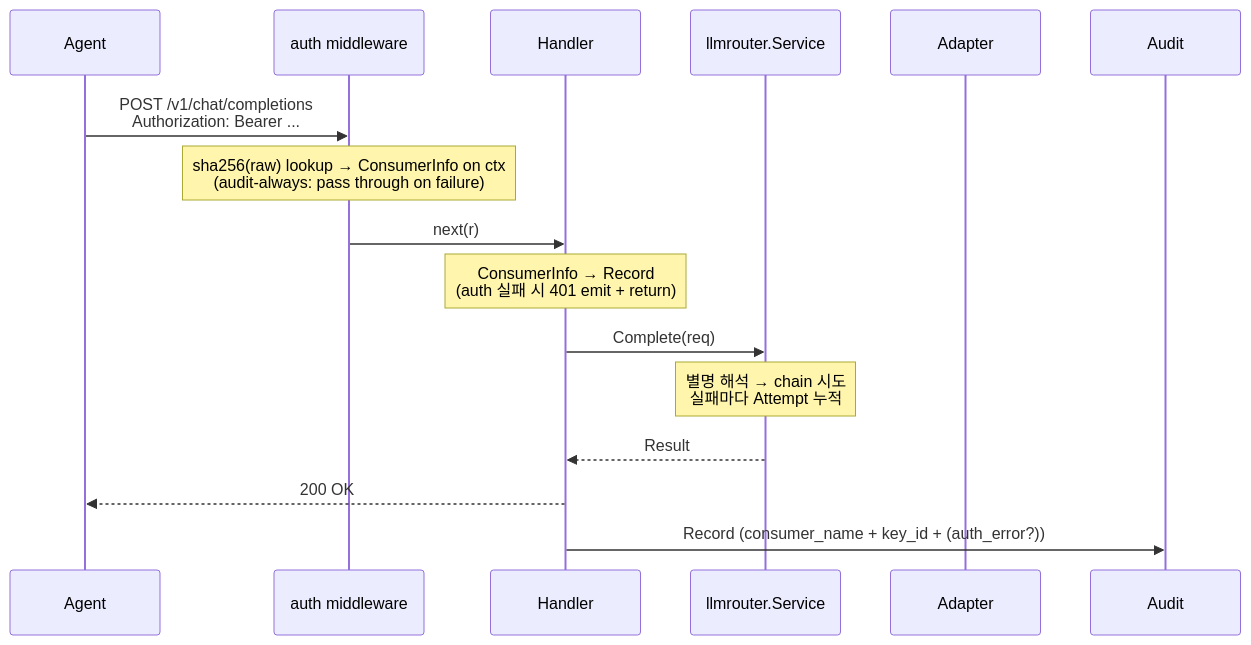
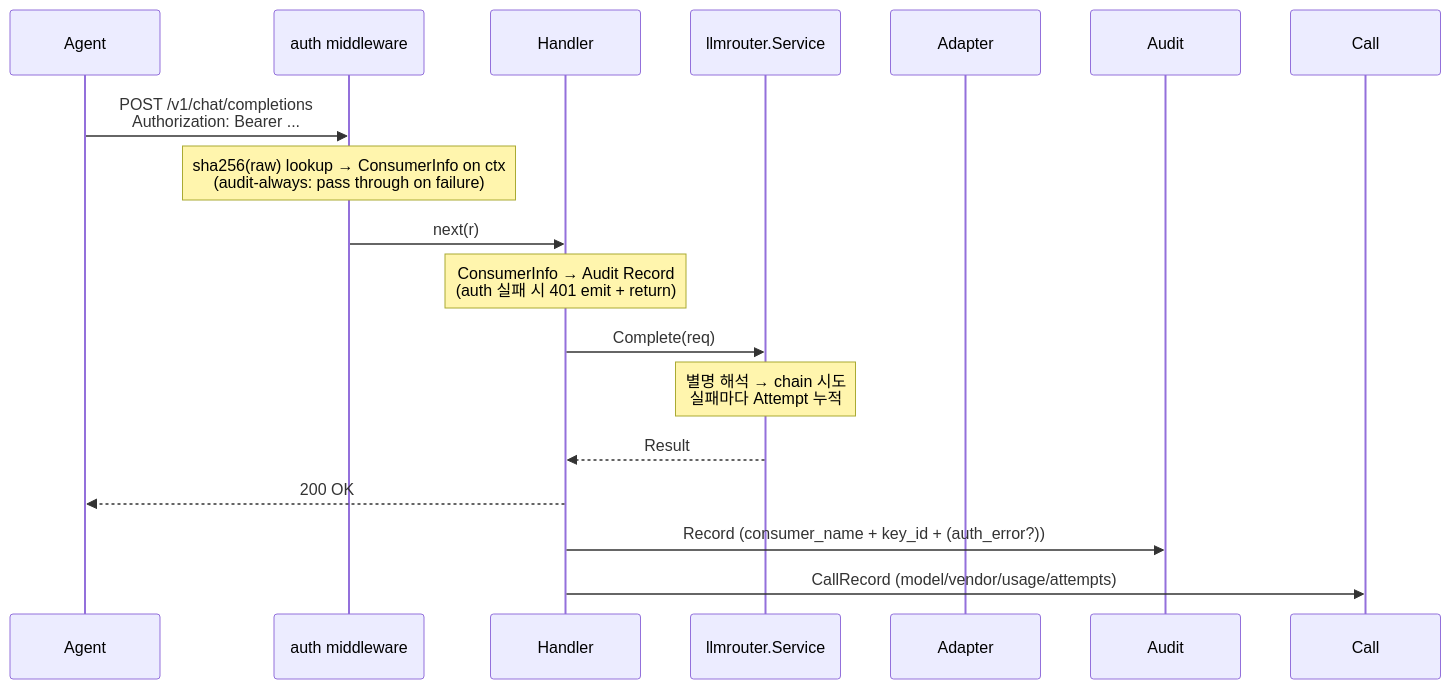
One commit to cagojeiger/llmgate changed the diagram in docs/request.md. Above: the diagram before and after it, drawn with Mermaid. The commit also changed other lines of this file and 14 other files, not shown here.

Commit message:
feat(logging): split audit and llm call events

````diff
--- a/docs/request.md
+++ b/docs/request.md
@@ -9,19 +9,21 @@
 ```mermaid
 sequenceDiagram
     participant A as Agent
     participant M as auth middleware
     participant H as Handler
     participant S as llmrouter.Service
     participant P as Adapter
     participant Au as Audit
+    participant Ca as Call
 
     A->>M: POST /v1/chat/completions<br/>Authorization: Bearer ...
     Note over M: sha256(raw) lookup → ConsumerInfo on ctx<br/>(audit-always: pass through on failure)
     M->>H: next(r)
-    Note over H: ConsumerInfo → Record<br/>(auth 실패 시 401 emit + return)
+    Note over H: ConsumerInfo → Audit Record<br/>(auth 실패 시 401 emit + return)
     H->>S: Complete(req)
     Note over S: 별명 해석 → chain 시도<br/>실패마다 Attempt 누적
     S-->>H: Result
     H-->>A: 200 OK
     H->>Au: Record (consumer_name + key_id + (auth_error?))
+    H->>Ca: CallRecord (model/vendor/usage/attempts)
 ```
````
